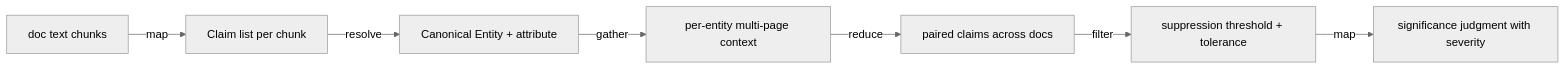
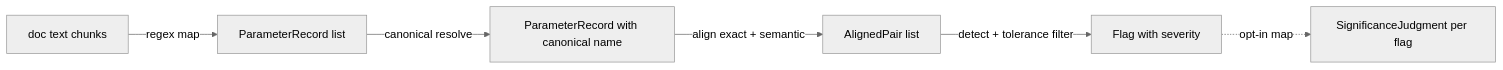
One commit to funcpointer/interlock-ai changed the fifth of 5 diagrams in docs/ARCHITECTURE.md. Above: the diagram before and after it, drawn with Mermaid (neutral theme). The commit also changed other lines of this file and 5 other files, not shown here.

````diff
--- a/docs/ARCHITECTURE.md
+++ b/docs/ARCHITECTURE.md
@@ -264,9 +260,8 @@
 ```mermaid
 graph LR
-    Pages[doc text chunks] -- map --> Claims[Claim list per chunk]
-    Claims -- resolve --> Entities[Canonical Entity + attribute]
-    Entities -- gather --> Context[per-entity multi-page context]
-    Context -- reduce --> AlignedClaims[paired claims across docs]
-    AlignedClaims -- filter --> Candidates[suppression threshold + tolerance]
-    Candidates -- map --> Judgments[significance judgment with severity]
+    Pages[doc text chunks] -- regex map --> Records[ParameterRecord list]
+    Records -- canonical resolve --> Resolved[ParameterRecord with canonical name]
+    Resolved -- align exact + semantic --> Pairs[AlignedPair list]
+    Pairs -- detect + tolerance filter --> Flags[Flag with severity]
+    Flags -. opt-in map .-> Judgments[SignificanceJudgment per flag]
 ```
````
